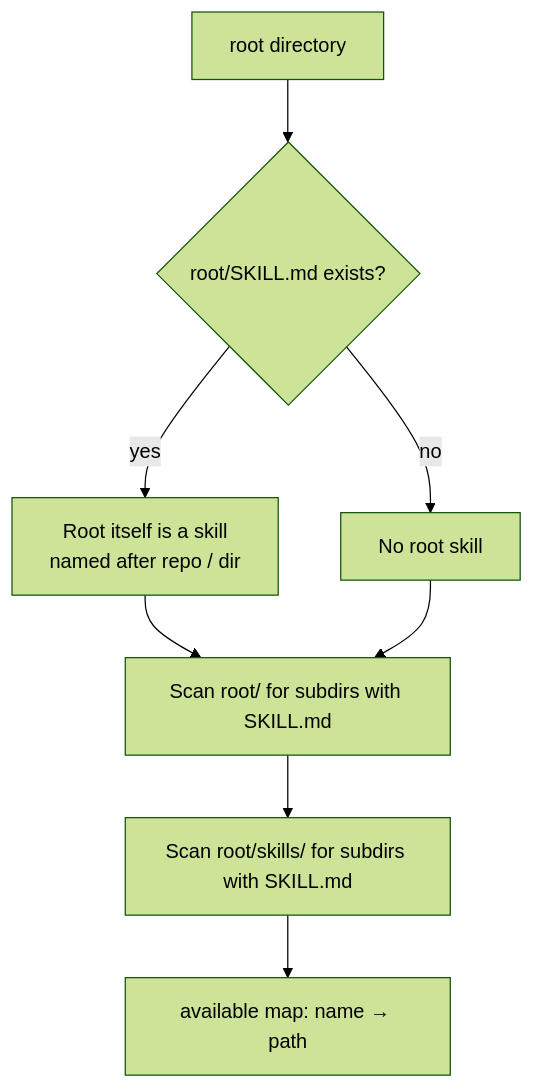
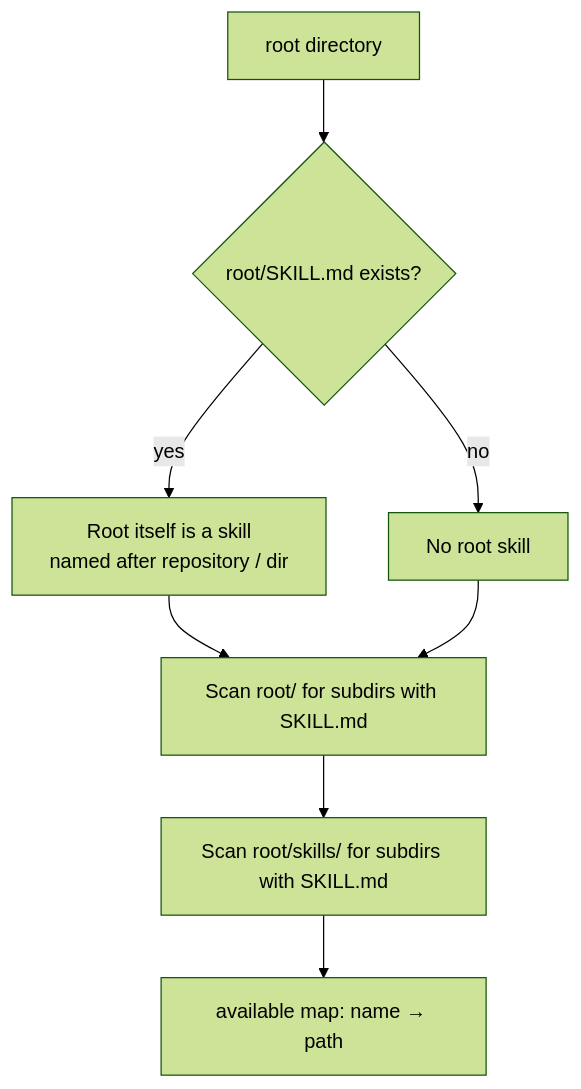
One commit to FlexNetOS/kasetto changed the third of 10 diagrams in site/content/docs/sync-flow.mdx. Above: the diagram before and after it, drawn with Mermaid (forest theme). The commit also changed other lines of this file and 11 other files, not shown here.

````diff
--- a/site/content/docs/sync-flow.mdx
+++ b/site/content/docs/sync-flow.mdx
@@ -73,10 +73,10 @@
 ```mermaid
 flowchart TD
     A[root directory] --> B{root/SKILL.md exists?}
-    B -->|yes| C[Root itself is a skill\nnamed after repo / dir]
+    B -->|yes| C[Root itself is a skill\nnamed after repository / dir]
     B -->|no| D[No root skill]
     C --> E[Scan root/ for subdirs with SKILL.md]
     D --> E
     E --> F[Scan root/skills/ for subdirs with SKILL.md]
     F --> G[available map: name → path]
 ```
````
